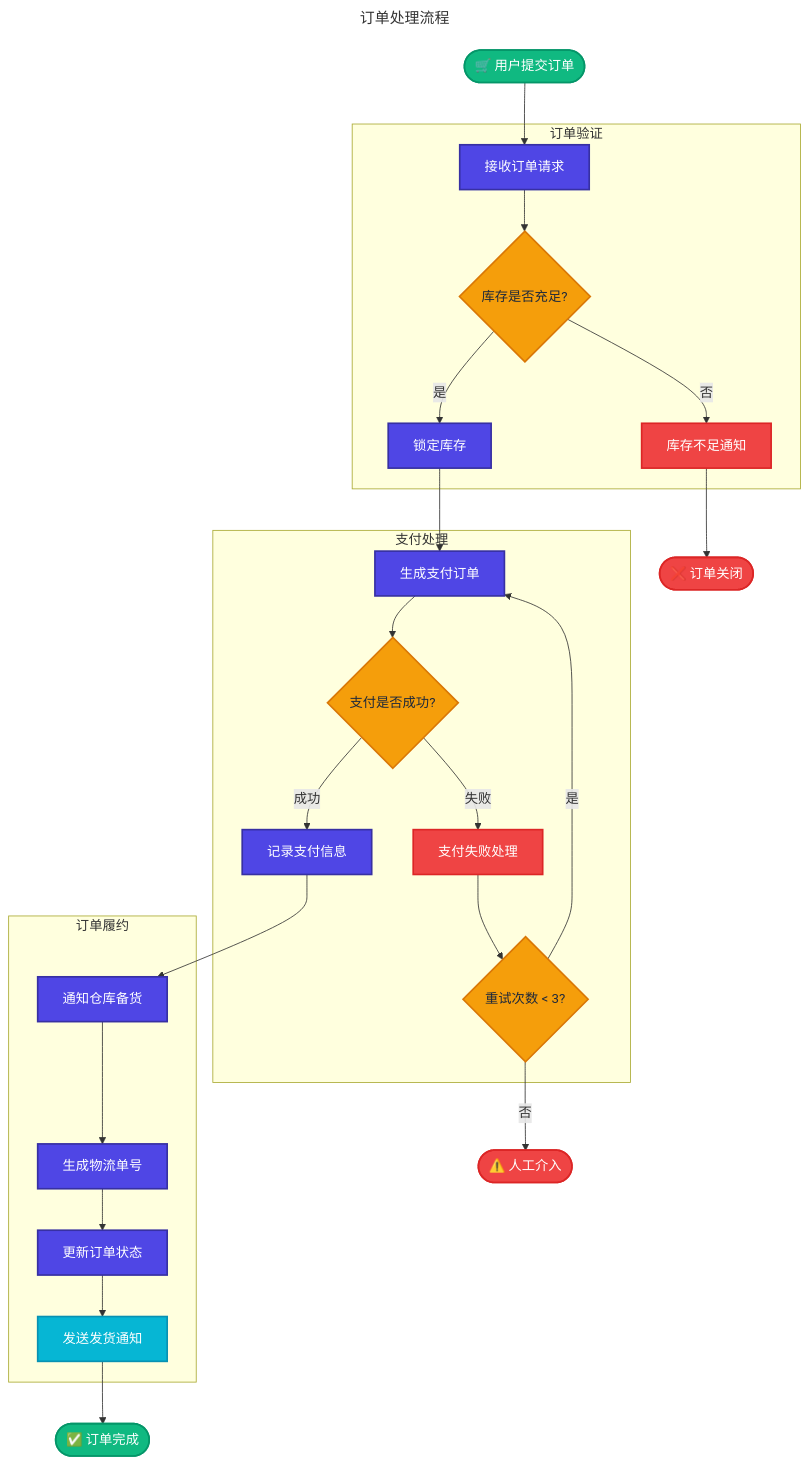
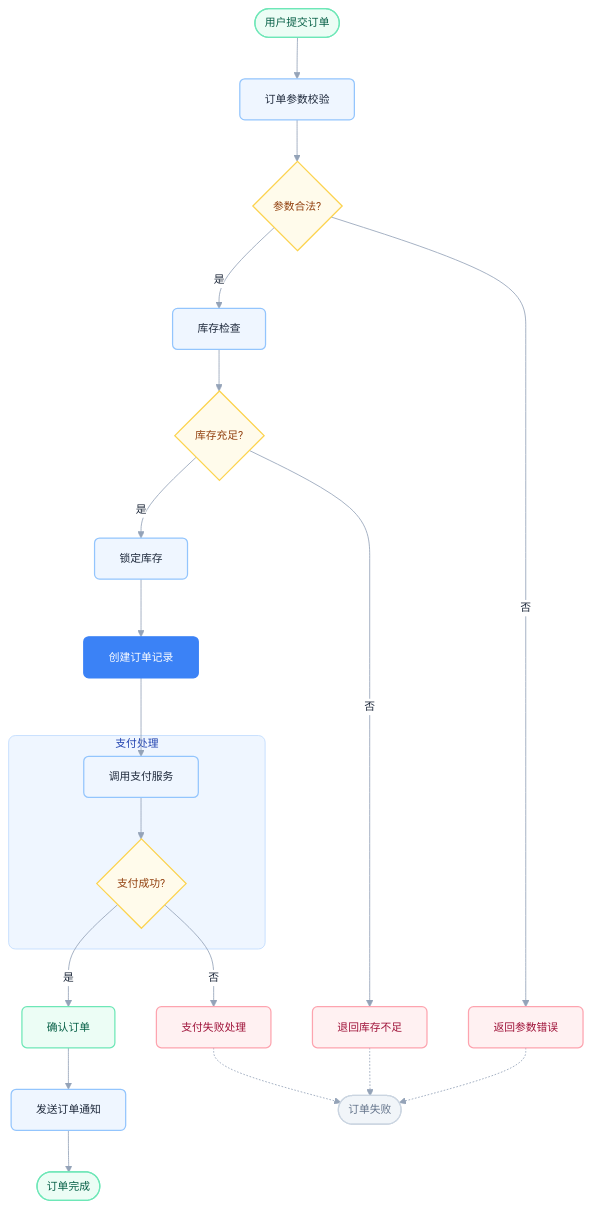
The diagram in diagram-examples/mermaid/mermaid-flowchart.mmd (312362115/claude), drawn with Mermaid before and after one commit. The commit also changed 50 other files, not shown here.

First line of the commit message:
feat: 画图 skill + deep-research skill + 设计规范 + 示例重构

```diff
--- a/diagram-examples/mermaid/mermaid-flowchart.mmd
+++ b/diagram-examples/mermaid/mermaid-flowchart.mmd
@@ -1,51 +1,60 @@
----
-title: 订单处理流程
----
+%%{init: {'theme':'base','themeVariables':{
+  'primaryColor':'#EFF6FF','primaryBorderColor':'#93C5FD','primaryTextColor':'#1E293B',
+  'secondaryColor':'#FFFBEB','secondaryBorderColor':'#FCD34D','secondaryTextColor':'#92400E',
+  'tertiaryColor':'#ECFDF5','tertiaryBorderColor':'#6EE7B7','tertiaryTextColor':'#065F46',
+  'lineColor':'#94A3B8','textColor':'#1E293B','fontSize':'13px',
+  'fontFamily':'PingFang SC, Inter, sans-serif',
+  'edgeLabelBackground':'#FFFFFF'
+}}}%%
+
 flowchart TD
-    classDef startEnd fill:#10B981,stroke:#059669,color:#ffffff,stroke-width:2px
-    classDef process fill:#4F46E5,stroke:#3730A3,color:#ffffff,stroke-width:2px
-    classDef decision fill:#F59E0B,stroke:#D97706,color:#1E293B,stroke-width:2px
-    classDef error fill:#EF4444,stroke:#DC2626,color:#ffffff,stroke-width:2px
-    classDef success fill:#06B6D4,stroke:#0891B2,color:#ffffff,stroke-width:2px
+    start([用户提交订单]):::termStart
+    validate[订单参数校验]:::process
+    isValid{参数合法?}:::decision
+    checkStock[库存检查]:::process
+    hasStock{库存充足?}:::decision
+    lockStock[锁定库存]:::process
+    createOrder[创建订单记录]:::highlight
 
-    Start([🛒 用户提交订单]):::startEnd
-
-    subgraph 订单验证
-        A[接收订单请求]:::process
-        B{库存是否充足?}:::decision
-        C[锁定库存]:::process
-        D[库存不足通知]:::error
+    subgraph payment [支付处理]
+        callPay[调用支付服务]:::process
+        payOk{支付成功?}:::decision
     end
 
-    subgraph 支付处理
-        E[生成支付订单]:::process
-        F{支付是否成功?}:::decision
-        G[记录支付信息]:::process
-        H[支付失败处理]:::error
-        I{重试次数 < 3?}:::decision
-    end
+    confirm[确认订单]:::success
+    notify[发送订单通知]:::process
+    done([订单完成]):::termStart
 
-    subgraph 订单履约
-        J[通知仓库备货]:::process
-        K[生成物流单号]:::process
-        L[更新订单状态]:::process
-        M[发送发货通知]:::success
-    end
+    errInvalid[返回参数错误]:::error
+    errStock[退回库存不足]:::error
+    errPay[支付失败处理]:::error
+    fail([订单失败]):::termEnd
 
-    Start --> A
-    A --> B
-    B -->|是| C
-    B -->|否| D
-    D --> End2([❌ 订单关闭]):::error
-    C --> E
-    E --> F
-    F -->|成功| G
-    F -->|失败| H
-    H --> I
-    I -->|是| E
-    I -->|否| End3([⚠️ 人工介入]):::error
-    G --> J
-    J --> K
-    K --> L
-    L --> M
-    M --> End1([✅ 订单完成]):::startEnd
+    start --> validate
+    validate --> isValid
+    isValid -->|是| checkStock
+    isValid -->|否| errInvalid
+    checkStock --> hasStock
+    hasStock -->|是| lockStock
+    hasStock -->|否| errStock
+    lockStock --> createOrder
+    createOrder --> callPay
+    callPay --> payOk
+    payOk -->|是| confirm
+    payOk -->|否| errPay
+    confirm --> notify
+    notify --> done
+
+    errInvalid -.-> fail
+    errStock -.-> fail
+    errPay -.-> fail
+
+    classDef termStart fill:#ECFDF5,stroke:#6EE7B7,stroke-width:1.5px,color:#065F46,rx:20
+    classDef termEnd fill:#F1F5F9,stroke:#CBD5E1,stroke-width:1.5px,color:#64748B,rx:20
+    classDef process fill:#EFF6FF,stroke:#93C5FD,stroke-width:1.5px,color:#1E293B,rx:6
+    classDef decision fill:#FFFBEB,stroke:#FCD34D,stroke-width:1.5px,color:#92400E
+    classDef highlight fill:#3B82F6,stroke:#3B82F6,stroke-width:1.5px,color:#FFFFFF,rx:6
+    classDef success fill:#ECFDF5,stroke:#6EE7B7,stroke-width:1.5px,color:#065F46,rx:6
+    classDef error fill:#FFF1F2,stroke:#FDA4AF,stroke-width:1.5px,color:#9F1239,rx:6
+
+    style payment fill:#EFF6FF,stroke:#BFDBFE,stroke-width:1px,color:#1E40AF,rx:8
```
